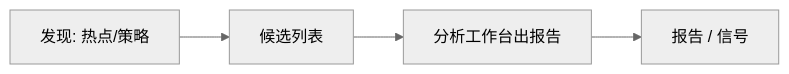
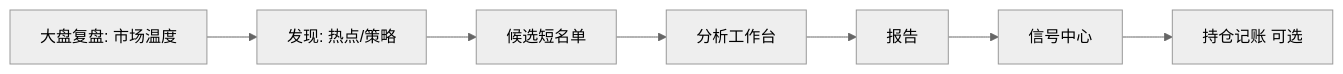
The first of 2 diagrams in docs/ui-manual/12-discover.md (SiinXu/stock-pulse-ai), drawn with Mermaid (neutral theme) before and after one commit. The commit also changed other lines of this file and 73 other files, not shown here.

First line of the commit message:
docs(ui-manual): deepen modules with scenarios, tone pass, and figure placeholders

````diff
--- a/docs/ui-manual/12-discover.md
+++ b/docs/ui-manual/12-discover.md
@@ -39,6 +70,9 @@
 ```mermaid
 flowchart LR
-  D[发现: 热点/策略] --> C[候选列表]
-  C --> A[分析工作台出报告]
-  A --> R[报告 / 信号]
+  M[大盘复盘: 市场温度] --> D[发现: 热点/策略]
+  D --> C[候选短名单]
+  C --> A[分析工作台]
+  A --> R[报告]
+  R --> S[信号中心]
+  S --> P[持仓记账 可选]
 ```
````
